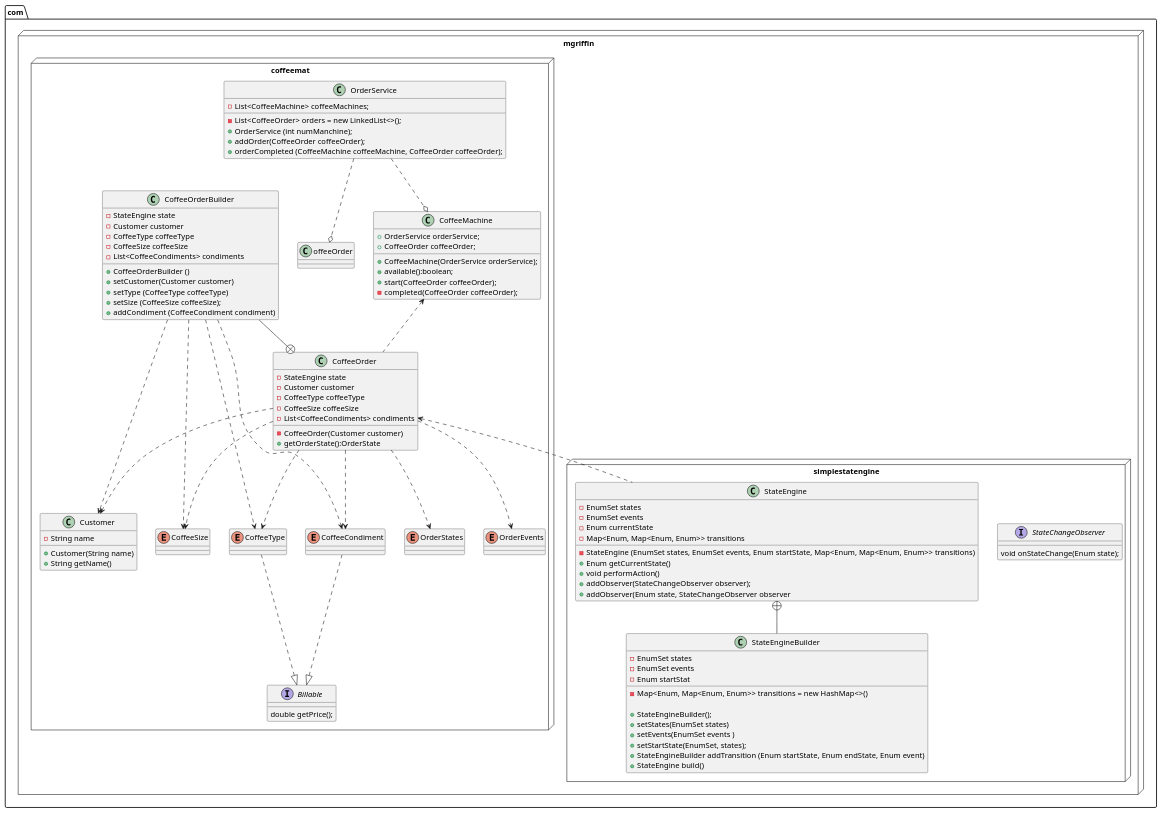
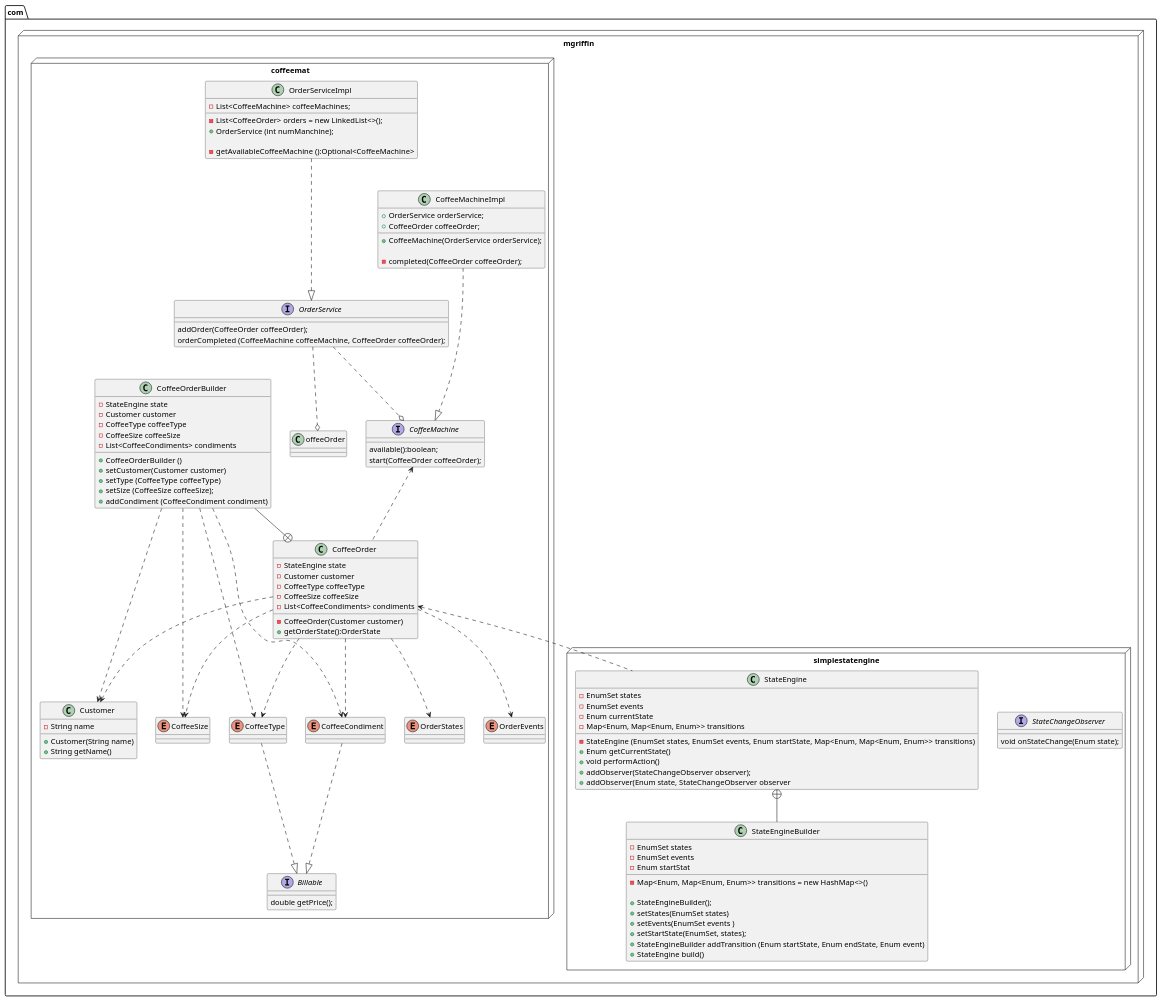
Before and after one commit to mdgriffin/Design-Patterns: the diagram in class_diagram.pu, drawn with PlantUML. The commit also changed 6 other files, not shown here.

First line of the commit message:
Changed CoffeeMachine and OrderService to interfaces

```diff
--- a/class_diagram.pu
+++ b/class_diagram.pu
@@ -1,124 +1,136 @@
 @startuml
 package com.mgriffin <<Node>> {
 
 package simplestatengine <<Node>> {
 
 Interface StateChangeObserver {
     void onStateChange(Enum state);
 }
 
 Class StateEngine {
     -EnumSet states
     -EnumSet events
     -Enum currentState
     -Map<Enum, Map<Enum, Enum>> transitions
 
     -StateEngine (EnumSet states, EnumSet events, Enum startState, Map<Enum, Map<Enum, Enum>> transitions)
     +Enum getCurrentState()
     +void performAction()
     +addObserver(StateChangeObserver observer);
     +addObserver(Enum state, StateChangeObserver observer
 }
 
 class StateEngineBuilder {
     -EnumSet states
     -EnumSet events
     -Enum startStat
     -Map<Enum, Map<Enum, Enum>> transitions = new HashMap<>()
 
     +StateEngineBuilder();
     +setStates(EnumSet states)
     +setEvents(EnumSet events )
     +setStartState(EnumSet, states);
     +StateEngineBuilder addTransition (Enum startState, Enum endState, Enum event)
     +StateEngine build()
 }
 
 StateEngine+--StateEngineBuilder
 
 }
 
 package coffeemat <<Node>> {
-    class CoffeeMachine {
+    class CoffeeMachineImpl {
         +OrderService orderService;
         +CoffeeOrder coffeeOrder;
         +CoffeeMachine(OrderService orderService);
-        +available():boolean;
-        +start(CoffeeOrder coffeeOrder);
+
         -completed(CoffeeOrder coffeeOrder);
     }
 
-    class OrderService {
+    class OrderServiceImpl {
         -List<CoffeeMachine> coffeeMachines;
         -List<CoffeeOrder> orders = new LinkedList<>();
         +OrderService (int numManchine);
-        +addOrder(CoffeeOrder coffeeOrder);
-        +orderCompleted (CoffeeMachine coffeeMachine, CoffeeOrder coffeeOrder);
+
+        -getAvailableCoffeeMachine ():Optional<CoffeeMachine>
     }
 
     class CoffeeOrder {
         -StateEngine state
         -Customer customer
         -CoffeeType coffeeType
         -CoffeeSize coffeeSize
         -List<CoffeeCondiments> condiments
 
         -CoffeeOrder(Customer customer)
         +getOrderState():OrderState
     }
 
     class CoffeeOrderBuilder {
         -StateEngine state
         -Customer customer
         -CoffeeType coffeeType
         -CoffeeSize coffeeSize
         -List<CoffeeCondiments> condiments
 
         +CoffeeOrderBuilder ()
         +setCustomer(Customer customer)
         +setType (CoffeeType coffeeType)
         +setSize (CoffeeSize coffeeSize);
         +addCondiment (CoffeeCondiment condiment)
     }
 
     class Customer {
         -String name
         +Customer(String name)
         +String getName()
     }
 
     enum OrderStates
 
     enum OrderEvents
 
     interface Billable {
         double getPrice();
     }
 
+    interface CoffeeMachine {
+        available():boolean;
+        start(CoffeeOrder coffeeOrder);
+    }
+
+
+    interface OrderService {
+        addOrder(CoffeeOrder coffeeOrder);
+        orderCompleted (CoffeeMachine coffeeMachine, CoffeeOrder coffeeOrder);
+    }
+
     enum CoffeeSize
 
     enum CoffeeType
 
     enum CoffeeCondiment
 
+    OrderServiceImpl ...|> OrderService
+    CoffeeMachineImpl ...|> CoffeeMachine
     OrderService ..o offeeOrder
     OrderService ..o CoffeeMachine
     CoffeeMachine <.. CoffeeOrder
     CoffeeOrder ..> Customer
     CoffeeOrder ..> CoffeeType
     CoffeeOrder ..> CoffeeSize
     CoffeeOrder ..> CoffeeCondiment
     CoffeeOrder ..> OrderStates
     CoffeeOrder ..> OrderEvents
     CoffeeOrder <.. StateEngine
     CoffeeOrderBuilder ..> Customer
     CoffeeOrderBuilder ..> CoffeeType
     CoffeeOrderBuilder ..> CoffeeSize
     CoffeeOrderBuilder ..> CoffeeCondiment
     CoffeeType ..|> Billable
     CoffeeCondiment ..|> Billable
     CoffeeOrderBuilder --+ CoffeeOrder
 }
 
 }
 @enduml
```
